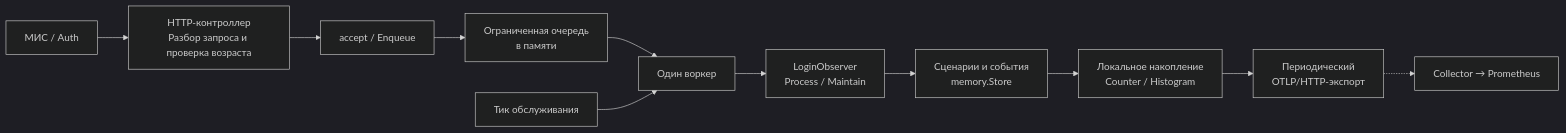
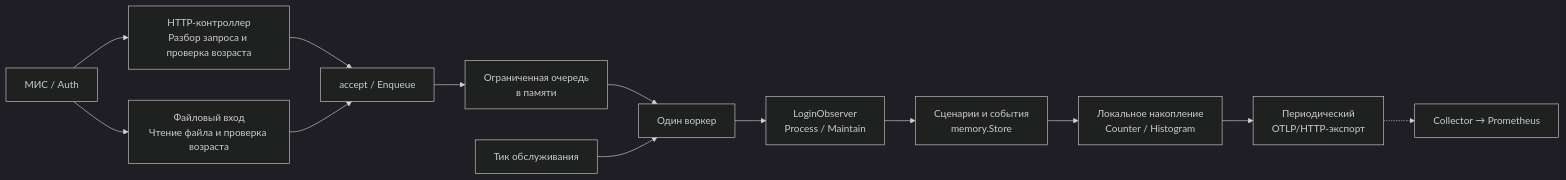
Before and after one commit to vendelev/sre-metrics: the first of 4 diagrams in docs/async-ingest.md, drawn with Mermaid (dark theme). The commit also changed other lines of this file and 40 other files, not shown here.

````diff
--- a/docs/async-ingest.md
+++ b/docs/async-ingest.md
@@ -7,13 +7,15 @@
 ```mermaid
 flowchart LR
     Sender["МИС / Auth"] --> HTTP["HTTP-контроллер<br/>Разбор запроса и проверка возраста"]
+    Sender --> Inbox["Файловый вход<br/>Чтение файла и проверка возраста"]
     HTTP --> Accept["accept / Enqueue"]
+    Inbox --> Accept
     Accept --> Queue["Ограниченная очередь<br/>в памяти"]
     Queue --> Worker["Один воркер"]
     Tick["Тик обслуживания"] --> Worker
     Worker --> Observer["LoginObserver<br/>Process / Maintain"]
     Observer --> Store["Сценарии и события<br/>memory.Store"]
     Store --> SDK["Локальное накопление<br/>Counter / Histogram"]
     SDK --> Export["Периодический<br/>OTLP/HTTP-экспорт"]
     Export -.-> Collector["Collector → Prometheus"]
 ```
````
